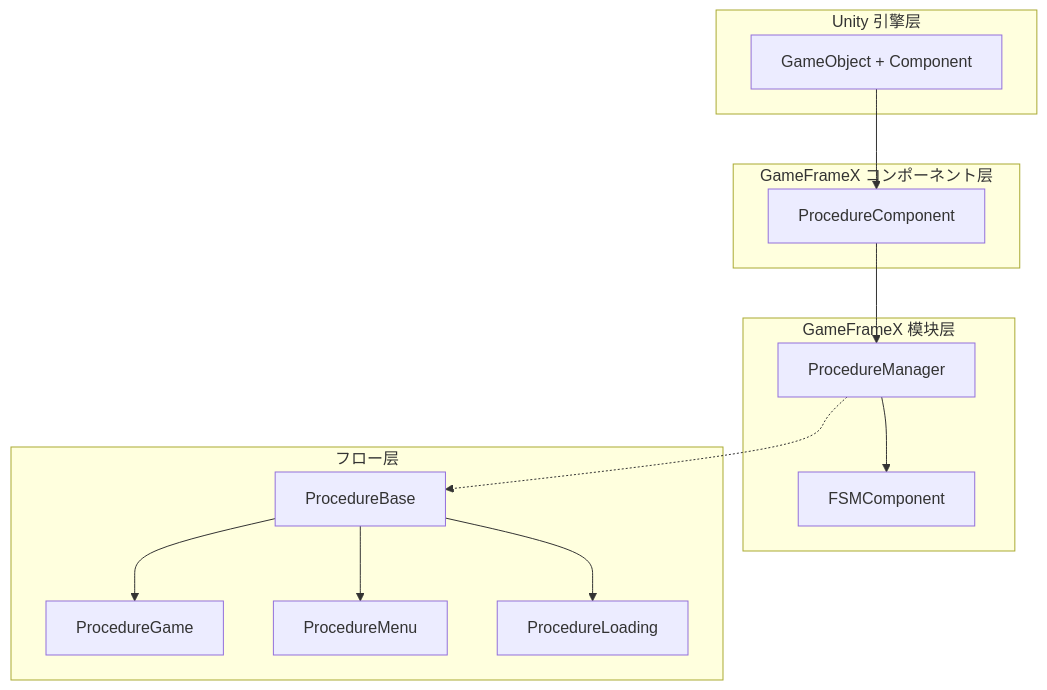
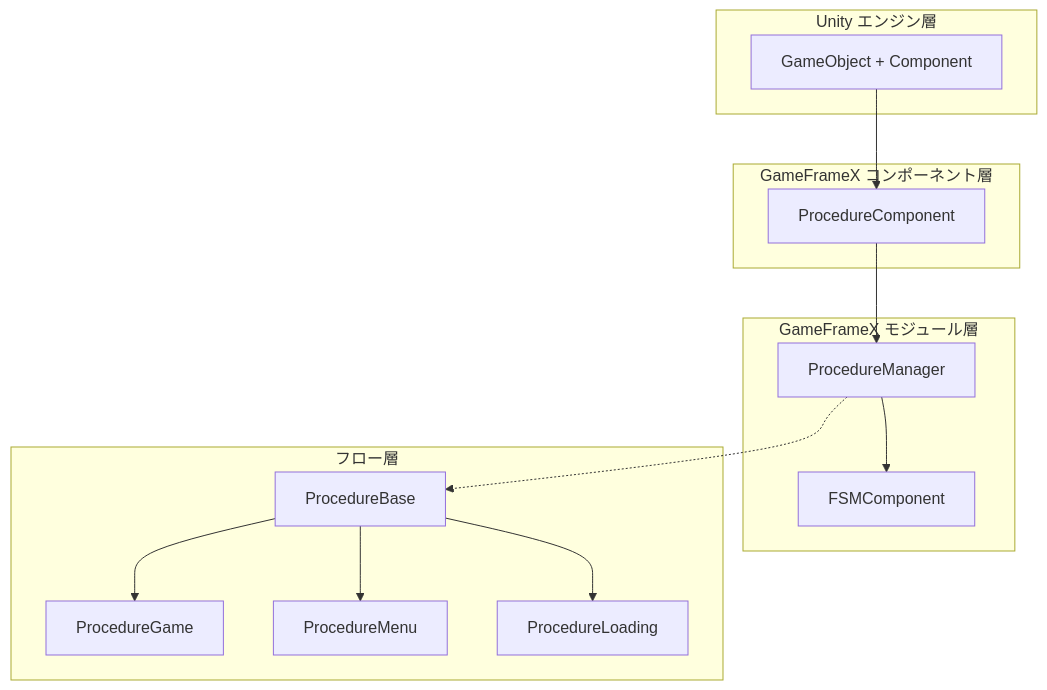
Before and after one commit to AlianBlank/GameFrameX.Docs: the first of 2 diagrams in docs/ja/client/unity/component/procedure/04.features.md, drawn with Mermaid. The commit also changed other lines of this file and 320 other files, not shown here.

````diff
--- a/docs/ja/client/unity/component/procedure/04.features.md
+++ b/docs/ja/client/unity/component/procedure/04.features.md
@@ -128,30 +128,30 @@
 ```mermaid
 flowchart TD
-    subgraph UnityEngine["Unity 引擎层"]
+    subgraph UnityEngine["Unity エンジン層"]
         GC[GameObject + Component]
     end
 
-    subgraph GameFrameXComponent["GameFrameX コンポーネント层"]
+    subgraph GameFrameXComponent["GameFrameX コンポーネント層"]
         PC[ProcedureComponent]
     end
 
-    subgraph GameFrameXModule["GameFrameX 模块层"]
+    subgraph GameFrameXModule["GameFrameX モジュール層"]
         PM[ProcedureManager]
         FSM[FSMComponent]
     end
 
-    subgraph ProcedureLayer["フロー层"]
+    subgraph ProcedureLayer["フロー層"]
         PB[ProcedureBase]
         PG[ProcedureGame]
         PMenu[ProcedureMenu]
         PL[ProcedureLoading]
     end
 
     GC --> PC
     PC --> PM
     PM --> FSM
     PB --> PG
     PB --> PMenu
     PB --> PL
     PM -.-> PB
 ```
````
